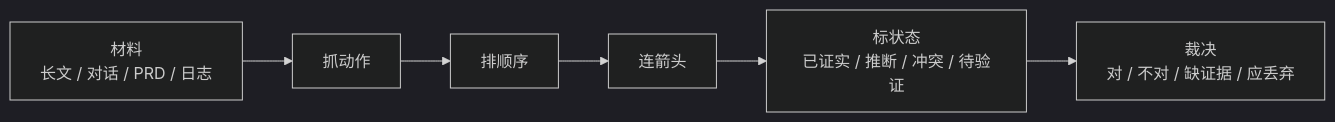
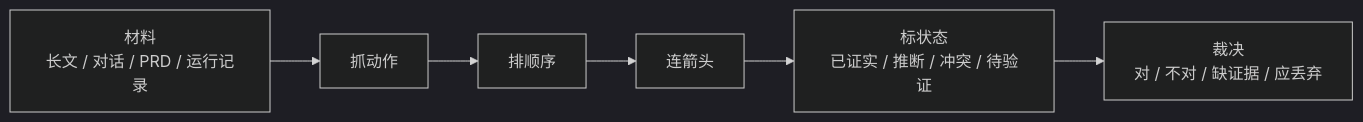
Before and after one commit to nds15763/workskills: the first of 11 diagrams in problem-review-mapper/SKILL.md, drawn with Mermaid (dark theme). The commit also changed other lines of this file and 7 other files, not shown here.

````diff
--- a/problem-review-mapper/SKILL.md
+++ b/problem-review-mapper/SKILL.md
@@ -37,8 +39,8 @@
 ```mermaid
 flowchart LR
-  A["材料<br/>长文 / 对话 / PRD / 日志"] --> B["抓动作"]
+  A["材料<br/>长文 / 对话 / PRD / 运行记录"] --> B["抓动作"]
   B --> C["排顺序"]
   C --> D["连箭头"]
   D --> E["标状态<br/>已证实 / 推断 / 冲突 / 待验证"]
   E --> F["裁决<br/>对 / 不对 / 缺证据 / 应丢弃"]
 ```
````
